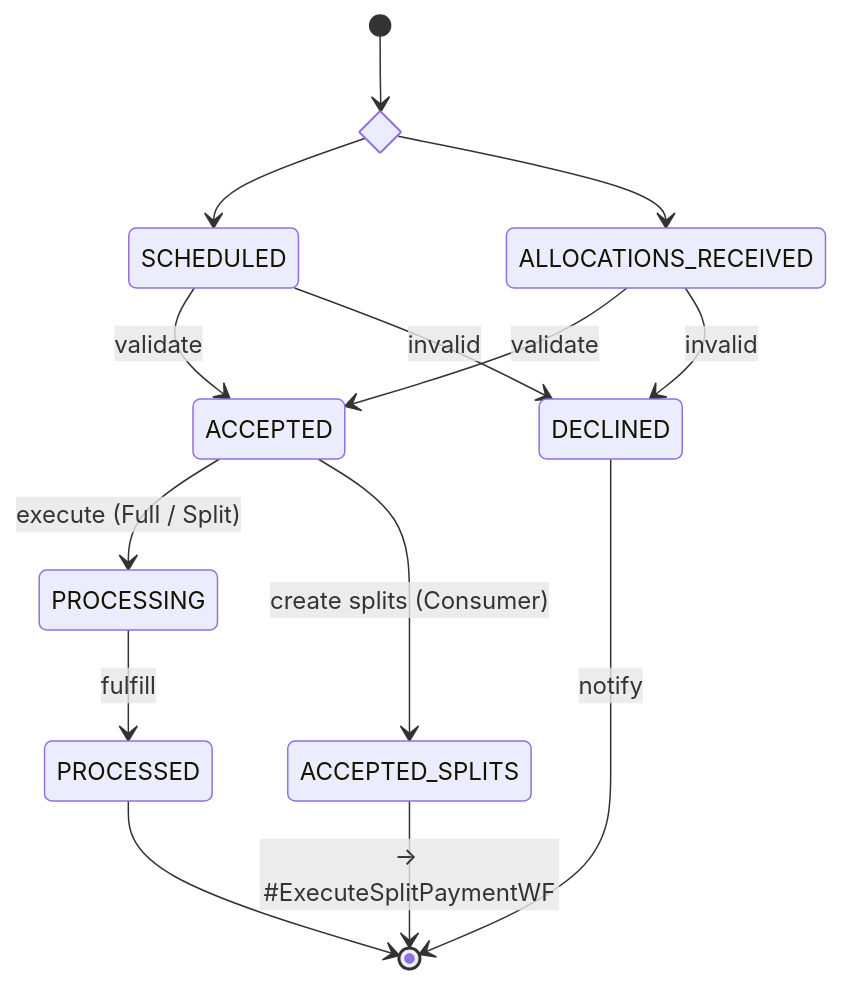
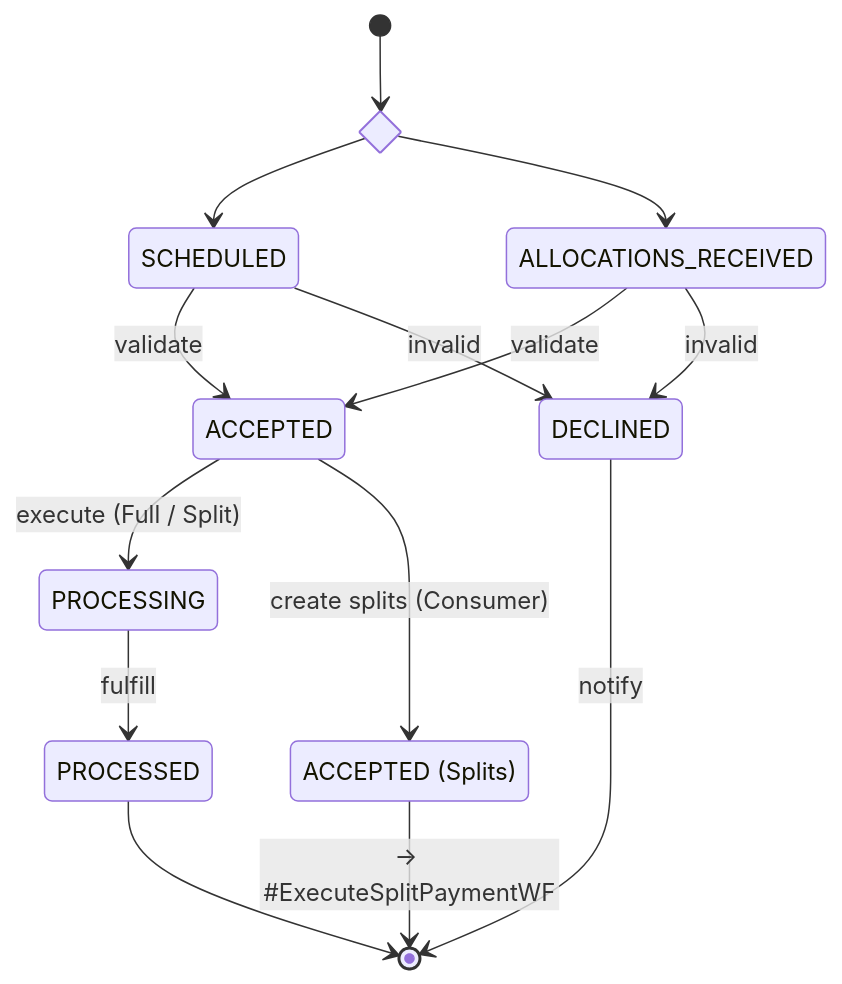
One commit to arunav-bhattacharya/billpay-docs changed the third of 12 diagrams in docs/design/diagrams/state-diagram.md. Above: the diagram before and after it, drawn with Mermaid. The commit also changed other lines of this file and 7 other files, not shown here.

````diff
--- a/docs/design/diagrams/state-diagram.md
+++ b/docs/design/diagrams/state-diagram.md
@@ -65,21 +64,22 @@
 ```mermaid
 stateDiagram-v2
   state Entry <<choice>>
   [*] --> Entry
   Entry --> SCHEDULED
   Entry --> ALLOCATIONS_RECEIVED
 
   SCHEDULED --> ACCEPTED: validate
   ALLOCATIONS_RECEIVED --> ACCEPTED: validate
   SCHEDULED --> DECLINED: invalid
   ALLOCATIONS_RECEIVED --> DECLINED: invalid
 
   ACCEPTED --> PROCESSING: execute (Full / Split)
   PROCESSING --> PROCESSED: fulfill
 
+  state "ACCEPTED (Splits)" as ACCEPTED_SPLITS
   ACCEPTED --> ACCEPTED_SPLITS: create splits (Consumer)
   ACCEPTED_SPLITS --> [*]: → #ExecuteSplitPaymentWF
 
   DECLINED --> [*]: notify
   PROCESSED --> [*]
 ```
````
